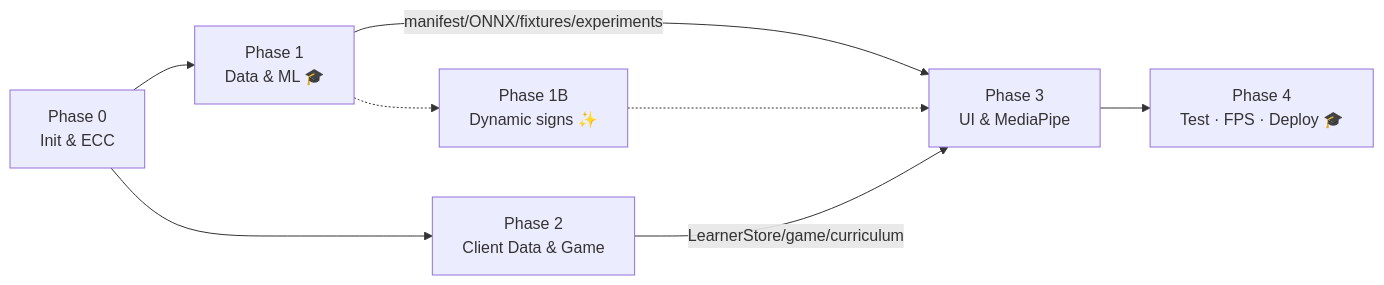
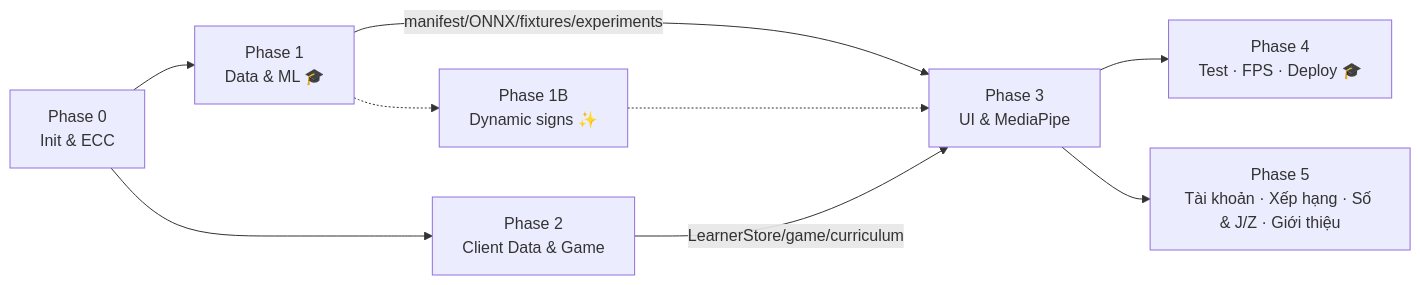
Before and after one commit to Nyanta-dotcom/SignLingo: the diagram in docs/07_MASTER_PLAN.md, drawn with Mermaid. The commit also changed other lines of this file and 13 other files, not shown here.

````diff
--- a/docs/07_MASTER_PLAN.md
+++ b/docs/07_MASTER_PLAN.md
@@ -12,10 +12,11 @@
 ```mermaid
 flowchart LR
   P0[Phase 0<br/>Init & ECC] --> P1[Phase 1<br/>Data & ML 🎓]
   P0 --> P2[Phase 2<br/>Client Data & Game]
   P1 -- manifest/ONNX/fixtures/experiments --> P3[Phase 3<br/>UI & MediaPipe]
   P2 -- LearnerStore/game/curriculum --> P3
   P3 --> P4[Phase 4<br/>Test · FPS · Deploy 🎓]
   P1 -.-> P1B[Phase 1B<br/>Dynamic signs ✨]
   P1B -.-> P3
+  P3 --> P5[Phase 5<br/>Tài khoản · Xếp hạng · Số & J/Z · Giới thiệu]
 ```
````
